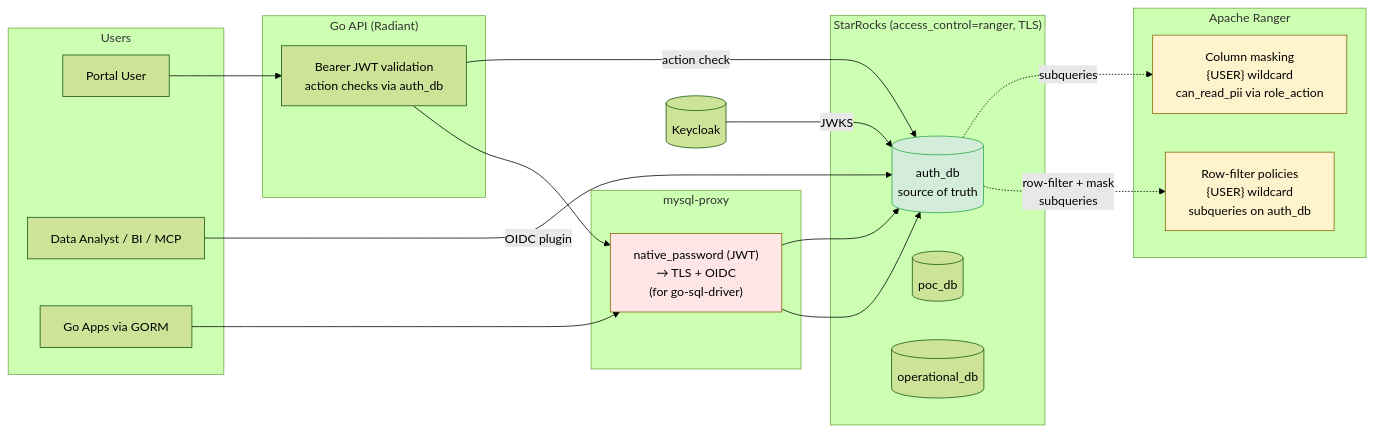
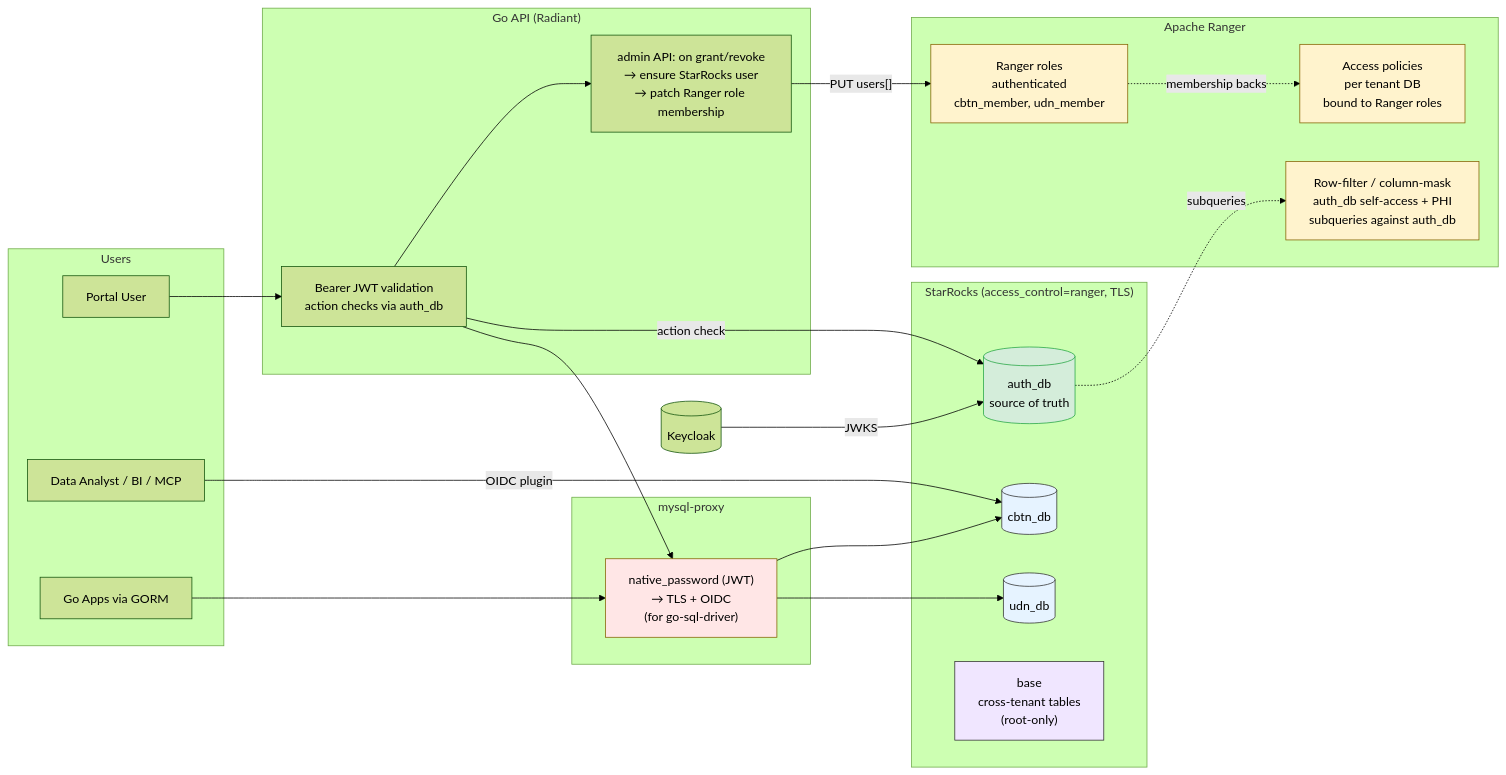
One commit to radiant-network/radiant-portal changed the third of 6 diagrams in docs/adr/multi-tenancy-security.md. Above: the diagram before and after it, drawn with Mermaid (forest theme). The commit also changed other lines of this file, not shown here.

First line of the commit message:
docs(adr): SJRA-0000 align adr with per-tenant db design

````diff
--- a/docs/adr/multi-tenancy-security.md
+++ b/docs/adr/multi-tenancy-security.md
@@ -263,42 +272,53 @@
 ```mermaid
 graph LR
     subgraph Users
         Portal[Portal User]
         Analyst[Data Analyst / BI / MCP]
         GoApp[Go Apps via GORM]
     end
 
     subgraph "Go API (Radiant)"
         MW["Bearer JWT validation<br/>action checks via auth_db"]
+        ADMIN["admin API: on grant/revoke<br/>→ ensure StarRocks user<br/>→ patch Ranger role membership"]
     end
 
     subgraph "mysql-proxy"
         PROXY["native_password (JWT)<br/>→ TLS + OIDC<br/>(for go-sql-driver)"]
     end
 
     subgraph "Apache Ranger"
-        RP["Row-filter policies<br/>#123;USER#125; wildcard<br/>subqueries on auth_db"]
-        CM["Column masking<br/>#123;USER#125; wildcard<br/>can_read_pii via role_action"]
+        RR["Ranger roles<br/>authenticated<br/>cbtn_member, udn_member"]
+        RA["Access policies<br/>per tenant DB<br/>bound to Ranger roles"]
+        RP["Row-filter / column-mask<br/>auth_db self-access + PHI<br/>subqueries against auth_db"]
     end
 
     subgraph "StarRocks (access_control=ranger, TLS)"
         AUTH[("auth_db<br/>source of truth")]
-        POC[(poc_db)]
-        OPS[(operational_db)]
+        CBTN[(cbtn_db)]
+        UDN[(udn_db)]
+        BASE["base<br/>cross-tenant tables<br/>(root-only)"]
     end
 
     KC[(Keycloak)]
 
-    Portal --> MW --> PROXY --> AUTH
+    Portal --> MW
+    MW --> PROXY
     MW -- "action check" --> AUTH
-    Analyst -- "OIDC plugin" --> AUTH
-    GoApp --> PROXY --> AUTH
-    AUTH -. "row-filter + mask<br/>subqueries" .-> RP
-    AUTH -. "subqueries" .-> CM
+    MW --> ADMIN
+    ADMIN -- "PUT users[]" --> RR
+    Analyst -- "OIDC plugin" --> CBTN
+    GoApp --> PROXY --> CBTN
+    PROXY --> UDN
+    RR -. "membership backs" .-> RA
+    AUTH -. "subqueries" .-> RP
     KC -- "JWKS" --> AUTH
 
     style AUTH fill:#d4edda,stroke:#28a745
+    style CBTN fill:#e6f3ff,stroke:#333
+    style UDN fill:#e6f3ff,stroke:#333
+    style BASE fill:#f0e6ff,stroke:#333
+    style RR fill:#fff3cd,stroke:#856404
+    style RA fill:#fff3cd,stroke:#856404
     style RP fill:#fff3cd,stroke:#856404
-    style CM fill:#fff3cd,stroke:#856404
     style PROXY fill:#ffe6e6,stroke:#856404
 ```
````
